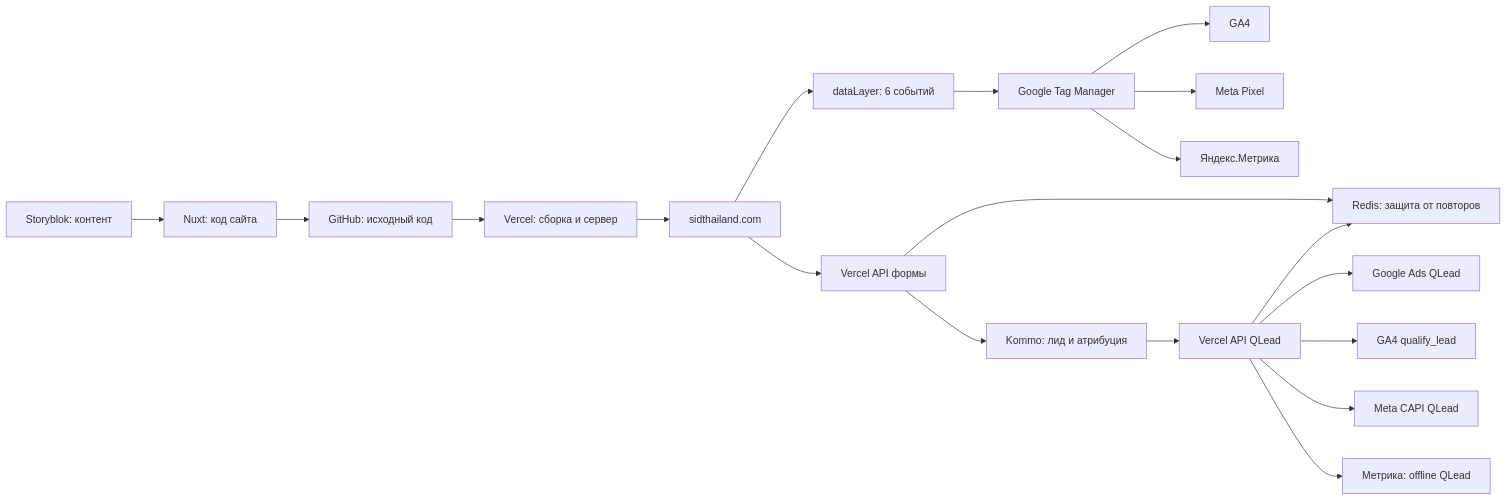
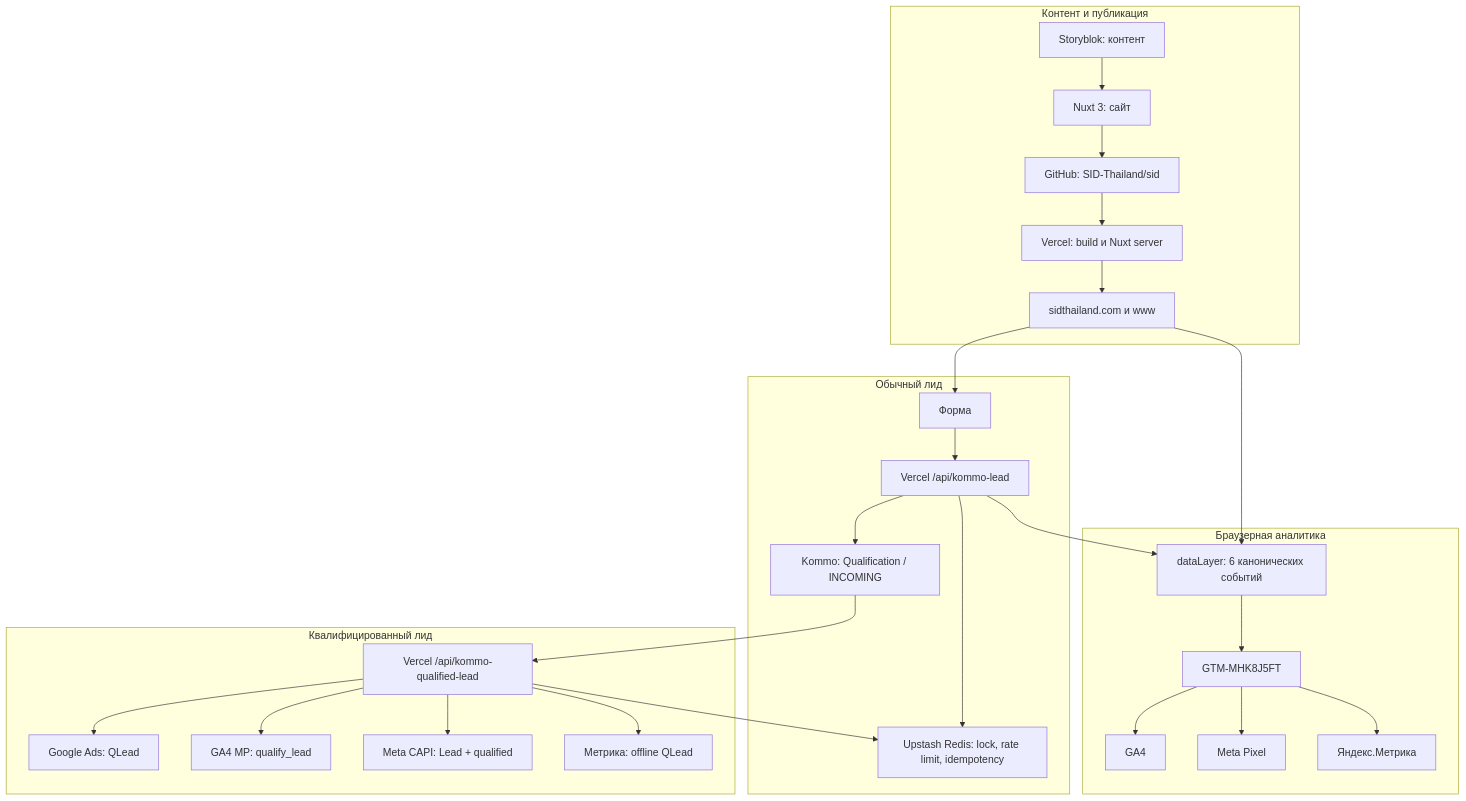
Before and after one commit to SID-Thailand/sid: the diagram in docs/operations-runbook.md, drawn with Mermaid. The commit also changed other lines of this file and 1 other file, not shown here.

First line of the commit message:
Document SID integrations and access ownership

````diff
--- a/docs/operations-runbook.md
+++ b/docs/operations-runbook.md
@@ -10,21 +92,34 @@
 ```mermaid
-flowchart LR
-  SB["Storyblok: контент"] --> APP["Nuxt: код сайта"]
-  GH["GitHub: исходный код"] --> VC["Vercel: сборка и сервер"]
-  APP --> GH
-  VC --> DOM["sidthailand.com"]
-  DOM --> DL["dataLayer: 6 событий"]
-  DL --> GTM["Google Tag Manager"]
-  GTM --> GA4["GA4"]
-  GTM --> META["Meta Pixel"]
-  GTM --> YM["Яндекс.Метрика"]
-  DOM --> API["Vercel API формы"]
-  API --> REDIS["Redis: защита от повторов"]
-  API --> KOMMO["Kommo: лид и атрибуция"]
-  KOMMO --> QAPI["Vercel API QLead"]
-  QAPI --> REDIS
-  QAPI --> GADS["Google Ads QLead"]
-  QAPI --> GA4Q["GA4 qualify_lead"]
-  QAPI --> METAC["Meta CAPI QLead"]
-  QAPI --> YMQ["Метрика: offline QLead"]
+flowchart TB
+  subgraph Publish["Контент и публикация"]
+    SB["Storyblok: контент"] --> APP["Nuxt 3: сайт"]
+    GH["GitHub: SID-Thailand/sid"] --> VC["Vercel: build и Nuxt server"]
+    APP --> GH
+    VC --> DOMAIN["sidthailand.com и www"]
+  end
+
+  subgraph BrowserAnalytics["Браузерная аналитика"]
+    DOMAIN --> DL["dataLayer: 6 канонических событий"]
+    DL --> GTM["GTM-MHK8J5FT"]
+    GTM --> GA4["GA4"]
+    GTM --> MPX["Meta Pixel"]
+    GTM --> YM["Яндекс.Метрика"]
+  end
+
+  subgraph LeadFlow["Обычный лид"]
+    DOMAIN --> FORM["Форма"]
+    FORM --> LEADAPI["Vercel /api/kommo-lead"]
+    LEADAPI --> REDIS["Upstash Redis: lock, rate limit, idempotency"]
+    LEADAPI --> KOMMO["Kommo: Qualification / INCOMING"]
+    LEADAPI --> DL
+  end
+
+  subgraph QualifiedFlow["Квалифицированный лид"]
+    KOMMO --> QAPI["Vercel /api/kommo-qualified-lead"]
+    QAPI --> REDIS
+    QAPI --> GADS["Google Ads: QLead"]
+    QAPI --> GA4Q["GA4 MP: qualify_lead"]
+    QAPI --> MCAPI["Meta CAPI: Lead + qualified"]
+    QAPI --> YMQ["Метрика: offline QLead"]
+  end
 ```
````
